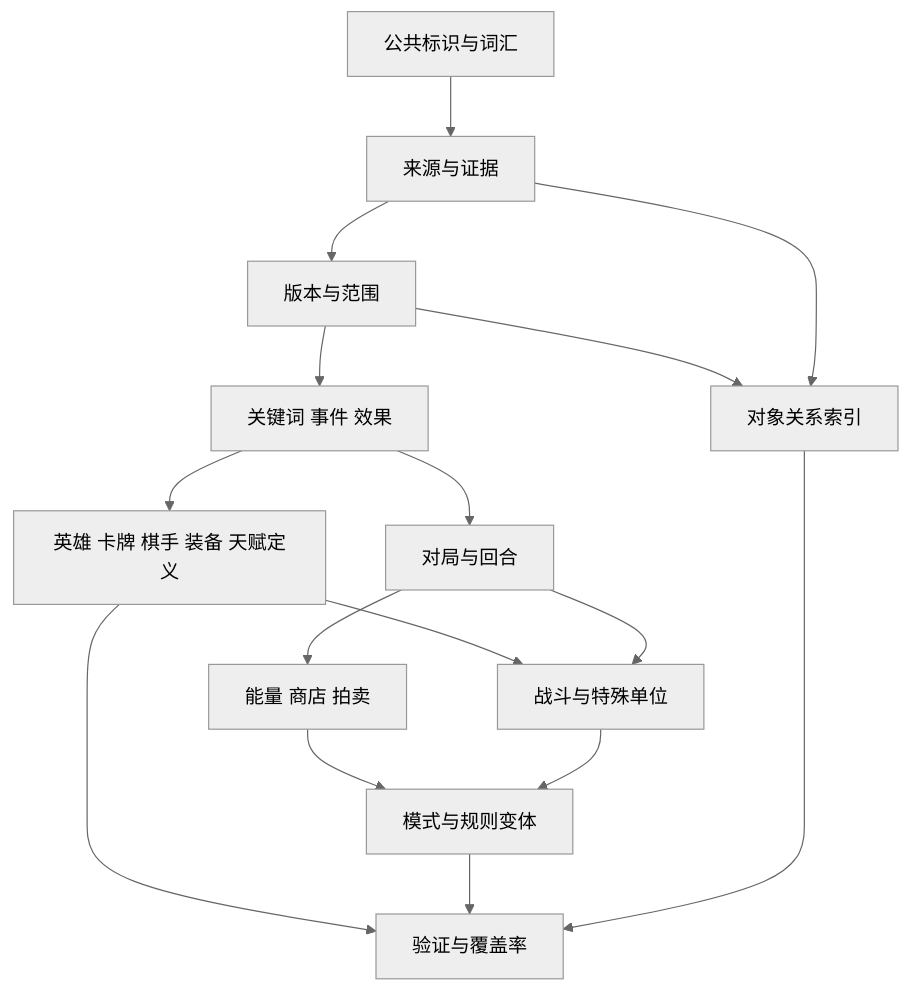
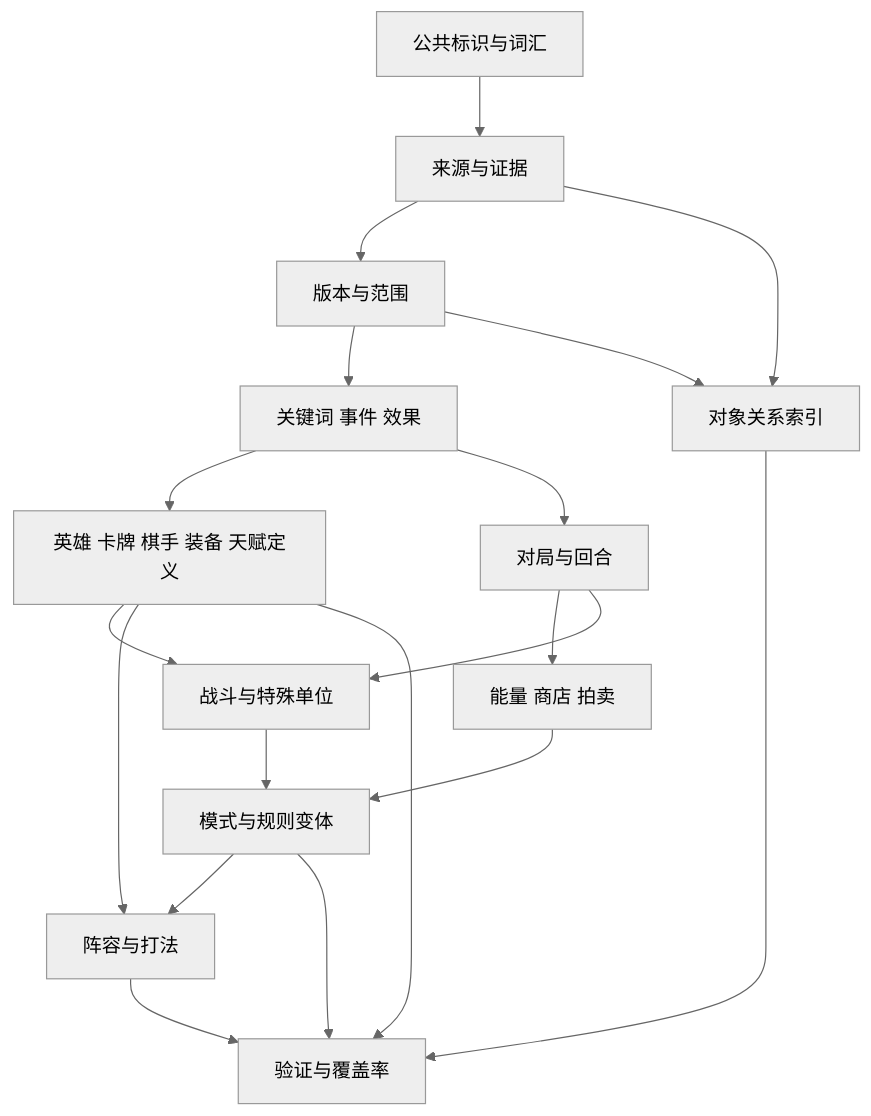
One commit to winx402/honor-of-kings-ace-core changed the first of 2 diagrams in docs/模块与关系.md. Above: the diagram before and after it, drawn with Mermaid (neutral theme). The commit also changed other lines of this file and 12 other files, not shown here.

````diff
--- a/docs/模块与关系.md
+++ b/docs/模块与关系.md
@@ -47,18 +50,21 @@
 ```mermaid
 flowchart TD
   V[公共标识与词汇] --> P[来源与证据]
   P --> R[版本与范围]
   R --> M[关键词 事件 效果]
   M --> H[英雄 卡牌 棋手 装备 天赋定义]
   M --> G[对局与回合]
   G --> E[能量 商店 拍卖]
   H --> C[战斗与特殊单位]
   G --> C
   E --> O[模式与规则变体]
   C --> O
+  O --> S[阵容与打法]
+  H --> S
+  S --> Q
   R --> L[对象关系索引]
   P --> L
   H --> Q[验证与覆盖率]
   O --> Q
   L --> Q
 ```
````
